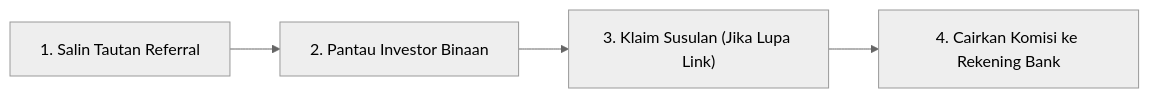
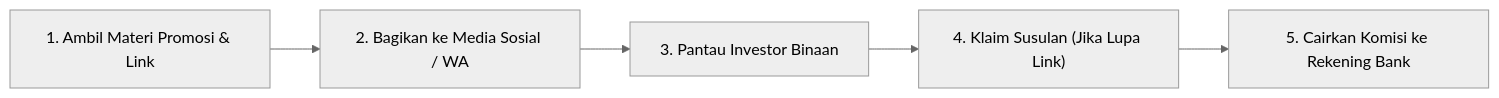
The diagram in docs/manual-book/panduan-affiliator-ringkas.md (fransgabrielhutauruk/yzd-center), drawn with Mermaid (neutral theme) before and after one commit. The commit also changed other lines of this file and 24 other files, not shown here.

First line of the commit message:
feat(profit-master): implement materi promosi profit master feed and update agent migration rules

````diff
--- a/docs/manual-book/panduan-affiliator-ringkas.md
+++ b/docs/manual-book/panduan-affiliator-ringkas.md
@@ -10,6 +10,7 @@
 ```mermaid
 flowchart LR
-    A["1. Salin Tautan Referral"] --> B["2. Pantau Investor Binaan"]
-    B --> C["3. Klaim Susulan (Jika Lupa Link)"]
-    C --> D["4. Cairkan Komisi ke Rekening Bank"]
+    A["1. Ambil Materi Promosi & Link"] --> B["2. Bagikan ke Media Sosial / WA"]
+    B --> C["3. Pantau Investor Binaan"]
+    C --> D["4. Klaim Susulan (Jika Lupa Link)"]
+    D --> E["5. Cairkan Komisi ke Rekening Bank"]
 ```
````
